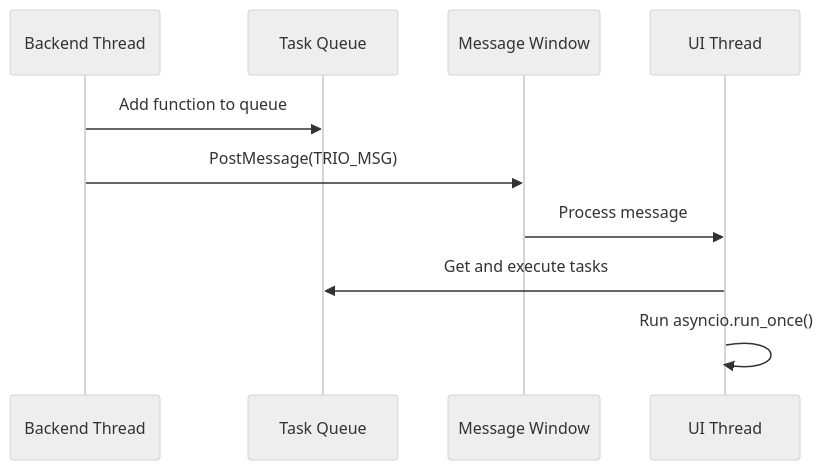
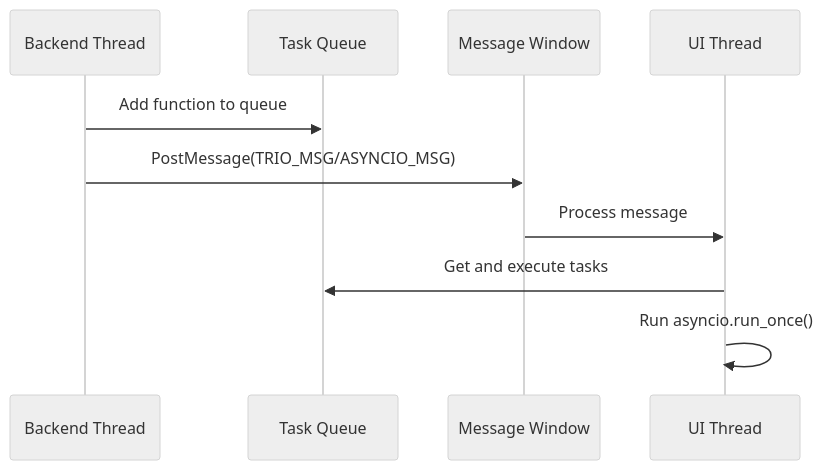
One commit to congzhangzh/asyncio_guest_run changed the third of 8 diagrams in v2/design_en.md. Above: the diagram before and after it, drawn with Mermaid (neutral theme). The commit also changed other lines of this file and 1 other file, not shown here.

````diff
--- a/v2/design_en.md
+++ b/v2/design_en.md
@@ -73,13 +73,13 @@
 ```mermaid
 sequenceDiagram
     participant B as Backend Thread
     participant Q as Task Queue
     participant M as Message Window
     participant U as UI Thread
     
     B->>Q: Add function to queue
-    B->>M: PostMessage(TRIO_MSG)
+    B->>M: PostMessage(TRIO_MSG/ASYNCIO_MSG)
     M->>U: Process message
     U->>Q: Get and execute tasks
     U->>U: Run asyncio.run_once()
 ```
````
